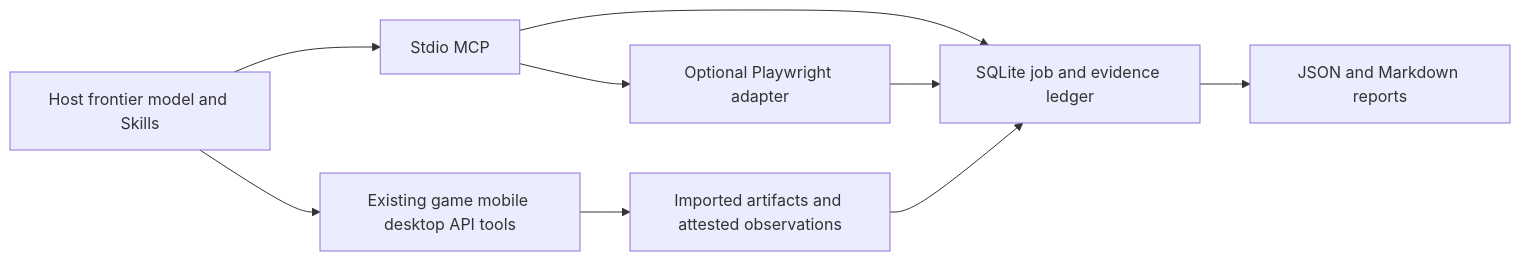
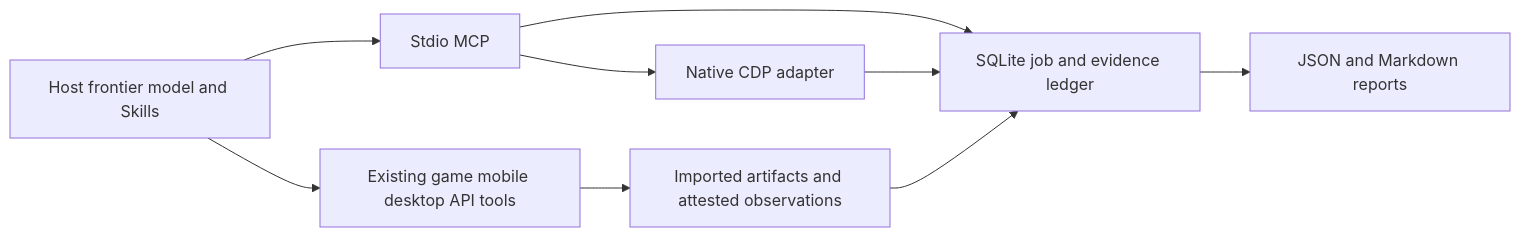
The diagram in docs/architecture.md (msandroid/agent-qa-harness), drawn with Mermaid before and after one commit. The commit also changed other lines of this file and 42 other files, not shown here.

````diff
--- a/docs/architecture.md
+++ b/docs/architecture.md
@@ -5,11 +5,11 @@
 ```mermaid
 flowchart LR
   H[Host frontier model and Skills] --> M[Stdio MCP]
   M --> S[SQLite job and evidence ledger]
-  M --> B[Optional Playwright adapter]
+  M --> B[Native CDP adapter]
   H --> E[Existing game mobile desktop API tools]
   E --> I[Imported artifacts and attested observations]
   I --> S
   B --> S
   S --> R[JSON and Markdown reports]
 ```
````
